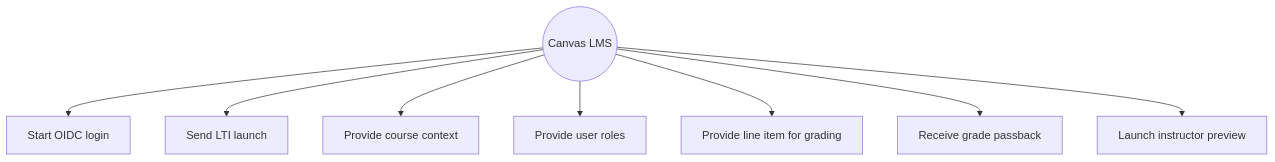
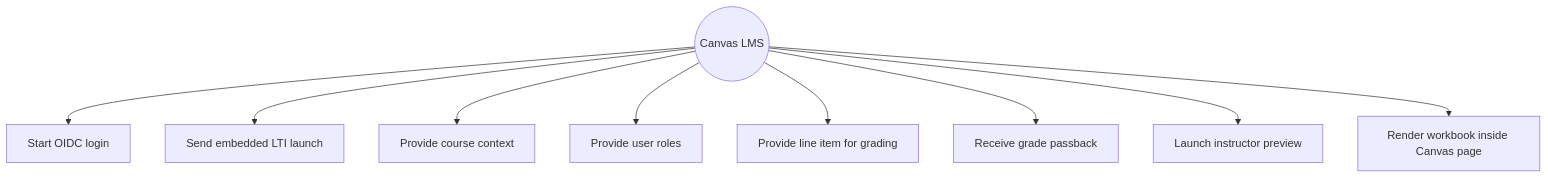
Before and after one commit to learn-database/workbook-platform: the sixth of 8 diagrams in docs/design/use-cases.md, drawn with Mermaid. The commit also changed other lines of this file and 4 other files, not shown here.

Commit message:
Document Canvas embedded LTI delivery

````diff
--- a/docs/design/use-cases.md
+++ b/docs/design/use-cases.md
@@ -106,12 +106,13 @@
 ```mermaid
 flowchart TB
     Canvas((Canvas LMS))
 
     Canvas --> UC1[Start OIDC login]
-    Canvas --> UC2[Send LTI launch]
+    Canvas --> UC2[Send embedded LTI launch]
     Canvas --> UC3[Provide course context]
     Canvas --> UC4[Provide user roles]
     Canvas --> UC5[Provide line item for grading]
     Canvas --> UC6[Receive grade passback]
     Canvas --> UC7[Launch instructor preview]
+    Canvas --> UC8[Render workbook inside Canvas page]
 ```
````
